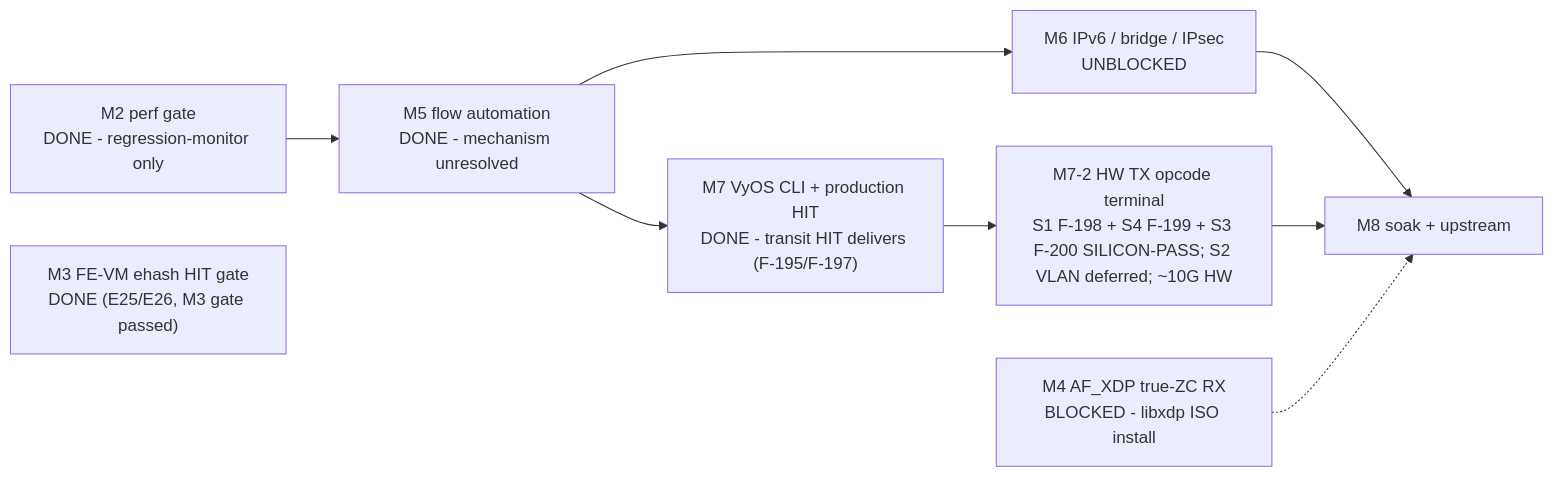
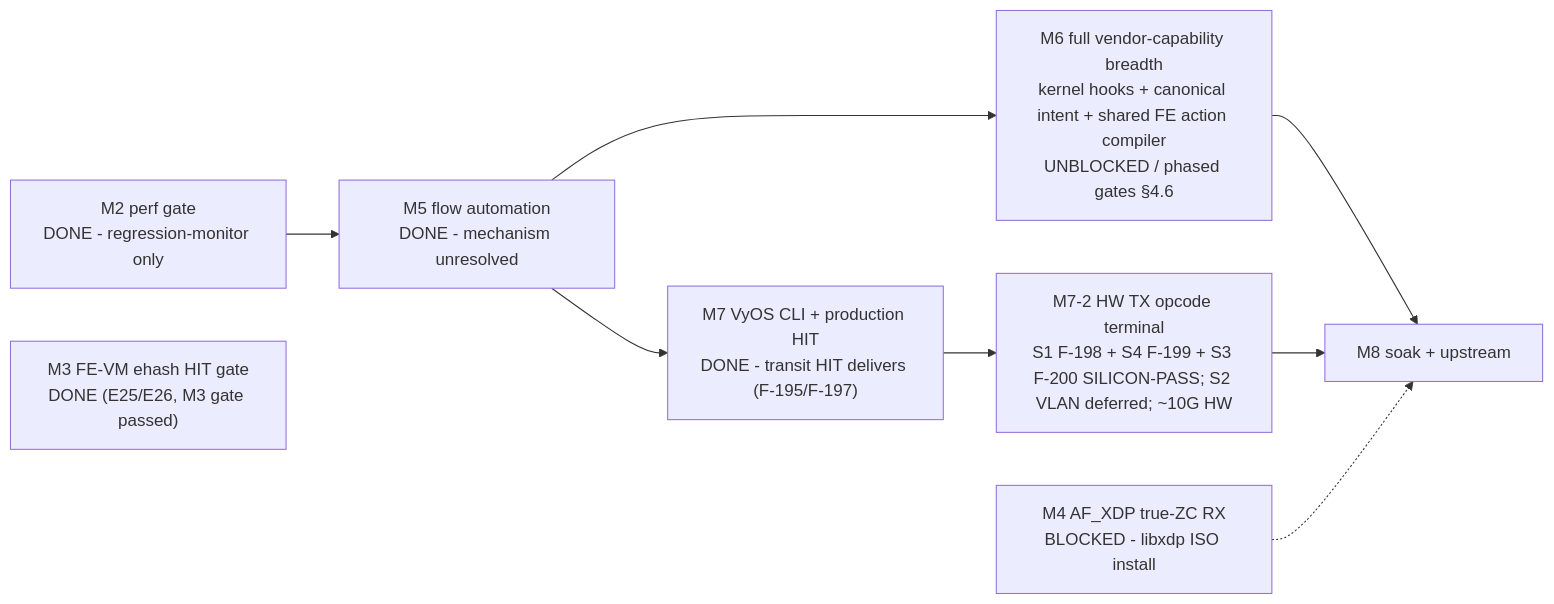
The first of 2 diagrams in plans/ASK2-MASTER-PLAN.md (Daegara/vyos-ls1046a-build), drawn with Mermaid before and after one commit. The commit also changed other lines of this file and 6 other files, not shown here.

````diff
--- a/plans/ASK2-MASTER-PLAN.md
+++ b/plans/ASK2-MASTER-PLAN.md
@@ -274,11 +285,11 @@
 ```mermaid
 graph LR
     M2["M2 perf gate<br/>DONE - regression-monitor only"] --> M5["M5 flow automation<br/>DONE - mechanism unresolved"]
     M3["M3 FE-VM ehash HIT gate<br/>DONE (E25/E26, M3 gate passed)"]
-    M5 --> M6["M6 IPv6 / bridge / IPsec<br/>UNBLOCKED"]
+    M5 --> M6["M6 full vendor-capability breadth<br/>kernel hooks + canonical intent + shared FE action compiler<br/>UNBLOCKED / phased gates §4.6"]
     M5 --> M7a["M7 VyOS CLI + production HIT<br/>DONE - transit HIT delivers (F-195/F-197)"]
     M7a --> M7b["M7-2 HW TX opcode terminal<br/>S1 F-198 + S4 F-199 + S3 F-200 SILICON-PASS; S2 VLAN deferred; ~10G HW"]
     M6 --> M8["M8 soak + upstream"]
     M7b --> M8
     M4["M4 AF_XDP true-ZC RX<br/>BLOCKED - libxdp ISO install"] -.-> M8
 ```
````
